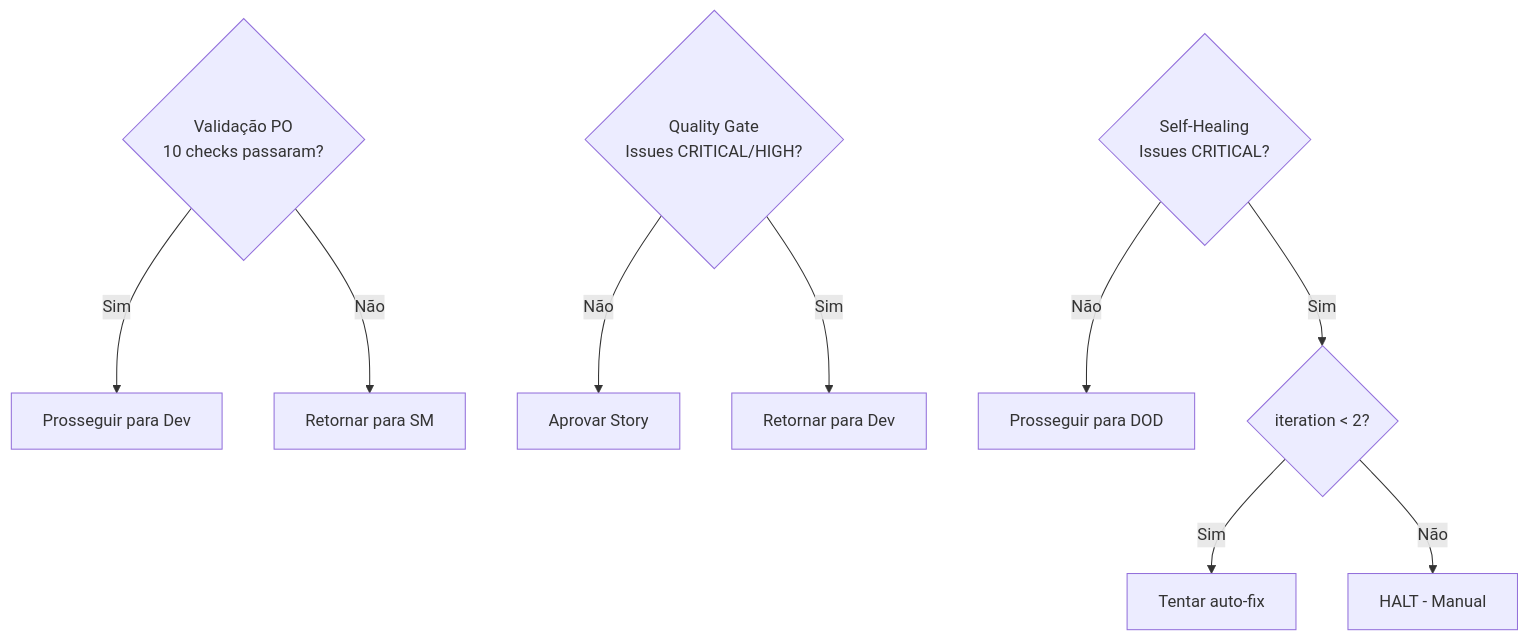
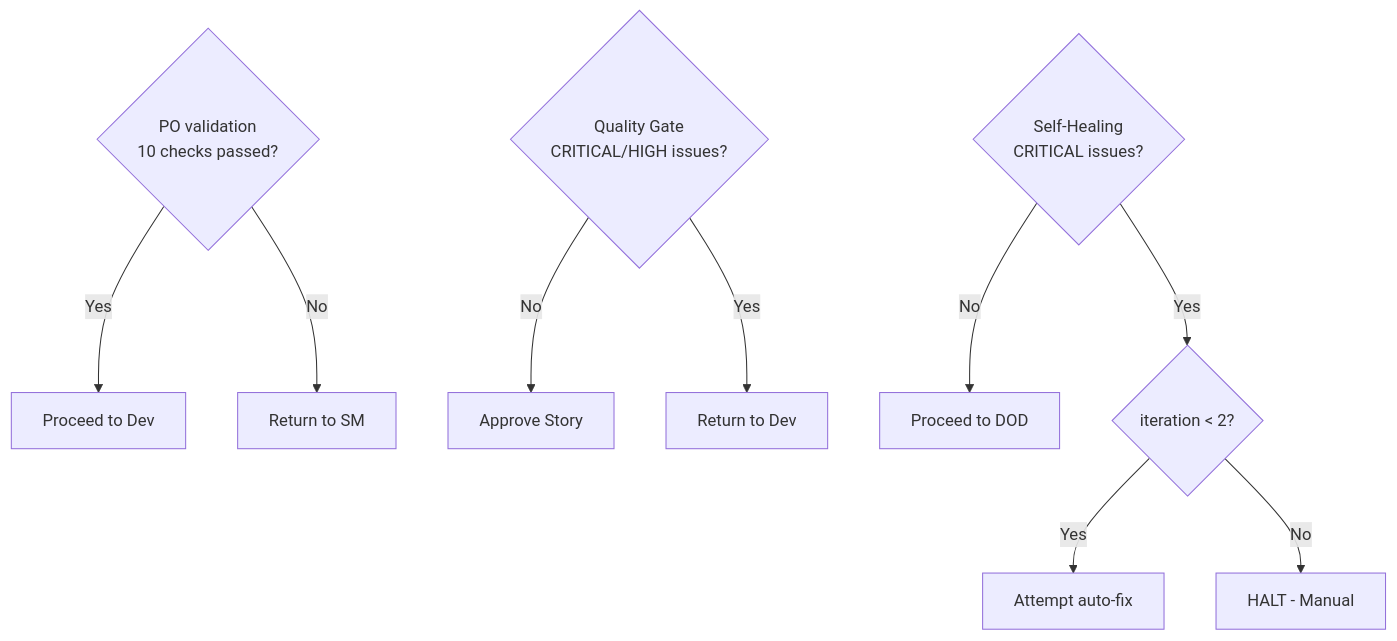
The seventh of 7 diagrams in docs/aexos-workflows/story-development-cycle-workflow.md (CyryxLabs/AEXOS), drawn with Mermaid before and after one commit. The commit also changed other lines of this file and 528 other files, not shown here.

````diff
--- a/docs/aexos-workflows/story-development-cycle-workflow.md
+++ b/docs/aexos-workflows/story-development-cycle-workflow.md
@@ -612,16 +612,16 @@
 ```mermaid
 graph TD
-    D1{Validação PO<br/>10 checks passaram?}
-    D1 -->|Sim| CONTINUE1[Prosseguir para Dev]
-    D1 -->|Não| RETURN1[Retornar para SM]
+    D1{PO validation<br/>10 checks passed?}
+    D1 -->|Yes| CONTINUE1[Proceed to Dev]
+    D1 -->|No| RETURN1[Return to SM]
 
-    D2{Quality Gate<br/>Issues CRITICAL/HIGH?}
-    D2 -->|Não| CONTINUE2[Aprovar Story]
-    D2 -->|Sim| RETURN2[Retornar para Dev]
+    D2{Quality Gate<br/>CRITICAL/HIGH issues?}
+    D2 -->|No| CONTINUE2[Approve Story]
+    D2 -->|Yes| RETURN2[Return to Dev]
 
-    D3{Self-Healing<br/>Issues CRITICAL?}
-    D3 -->|Não| CONTINUE3[Prosseguir para DOD]
-    D3 -->|Sim| D4{iteration < 2?}
-    D4 -->|Sim| FIX[Tentar auto-fix]
-    D4 -->|Não| HALT[HALT - Manual]
+    D3{Self-Healing<br/>CRITICAL issues?}
+    D3 -->|No| CONTINUE3[Proceed to DOD]
+    D3 -->|Yes| D4{iteration < 2?}
+    D4 -->|Yes| FIX[Attempt auto-fix]
+    D4 -->|No| HALT[HALT - Manual]
 ```
````
